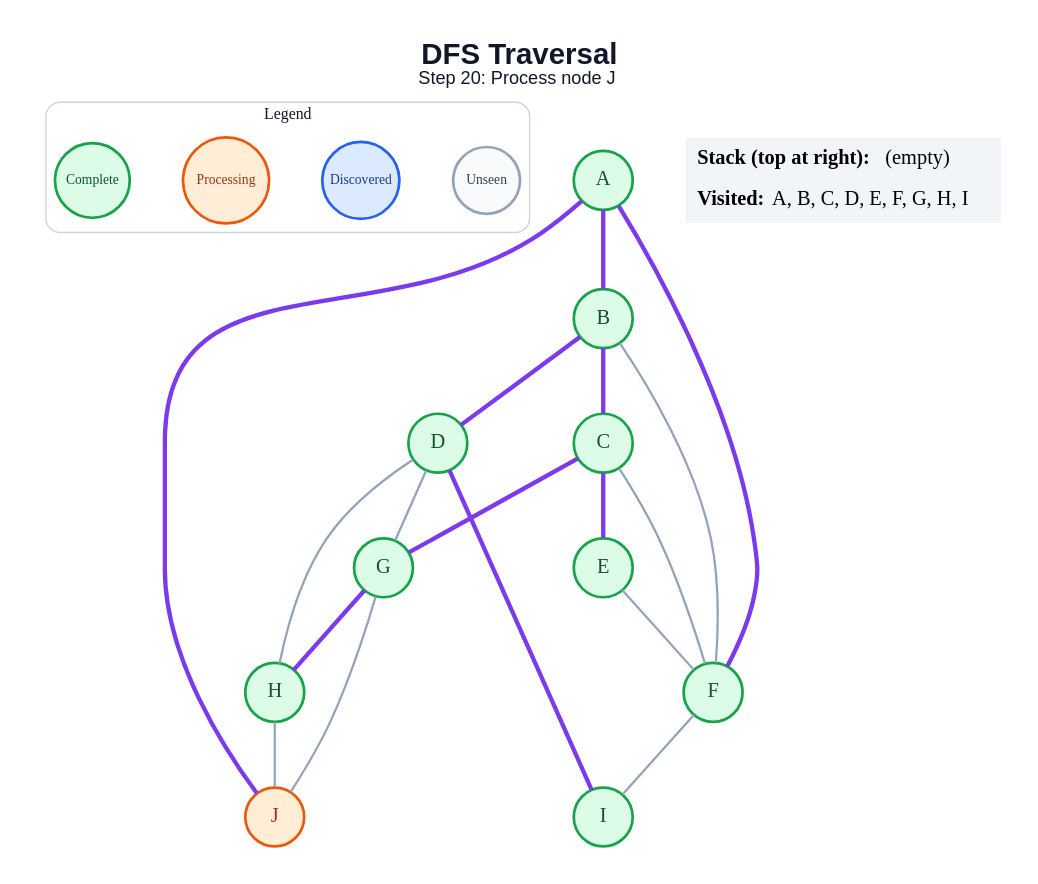
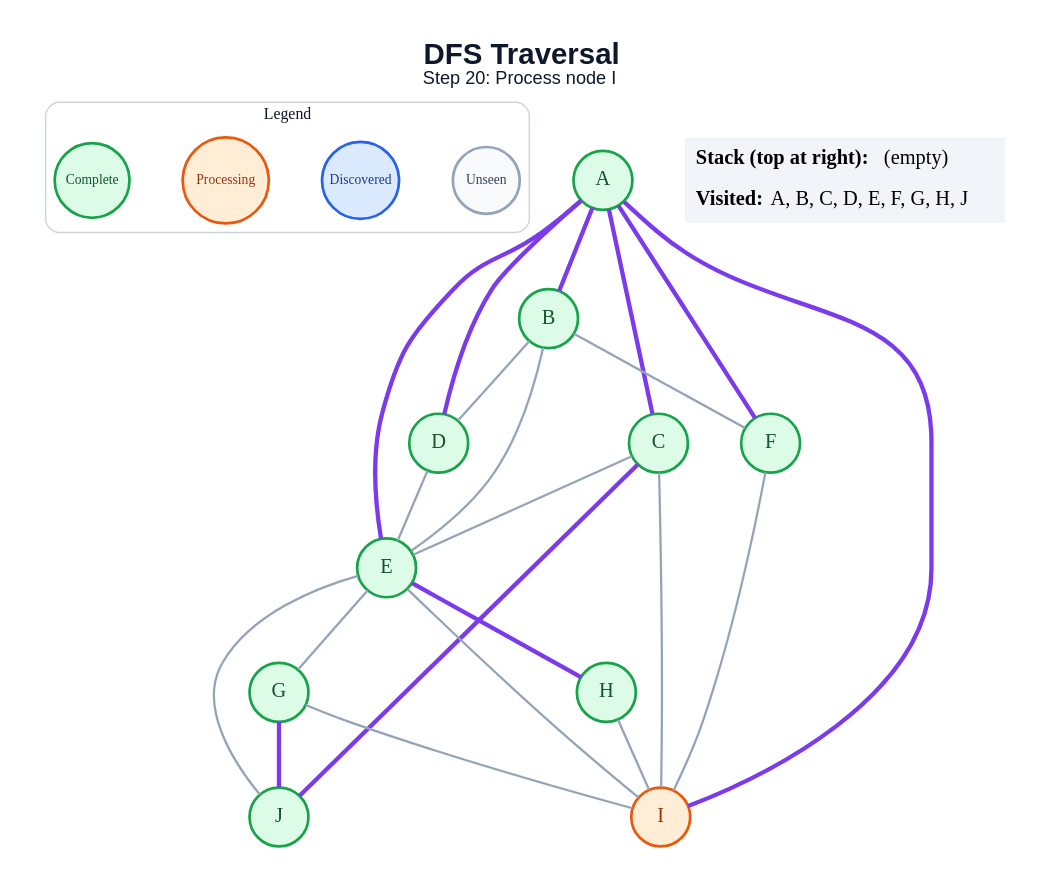
The diagram in generated/dfs/step_20.dot (anon7238593-create/ai-slop), drawn with Graphviz before and after one commit. The commit also changed 178 other files, not shown here.

```diff
--- a/generated/dfs/step_20.dot
+++ b/generated/dfs/step_20.dot
@@ -1,46 +1,50 @@
 graph traversal {
   graph [layout=dot, rankdir=TB, bgcolor="#FFFFFF", pad="0.35", nodesep="0.65", ranksep="0.8", fontname="Arial"];
   node [shape=circle, style="filled", fontname="Arial Bold", fontsize=18, width=0.72, fixedsize=true, penwidth=2.4];
   edge [color="#94A3B8", penwidth=2.0];
-  label=<<B>DFS Traversal</B><BR/><FONT POINT-SIZE="16">Step 20: Process node J</FONT>>; labelloc="t"; fontsize=26; fontname="Arial"; fontcolor="#0F172A";
+  label=<<B>DFS Traversal</B><BR/><FONT POINT-SIZE="16">Step 20: Process node I</FONT>>; labelloc="t"; fontsize=26; fontname="Arial"; fontcolor="#0F172A";
   subgraph cluster_legend { label="Legend"; color="#CBD5E1"; penwidth=1.2; style="rounded"; fontsize=14; fontname="Arial Bold";
     key_unseen [label="Unseen", fillcolor="#F8FAFC", color="#94A3B8", fontcolor="#334155", fontsize=12, width=0.82];
     key_frontier [label="Discovered", fillcolor="#DBEAFE", color="#2563EB", fontcolor="#1E3A8A", fontsize=12, width=0.95];
     key_current [label="Processing", fillcolor="#FFEDD5", color="#EA580C", fontcolor="#9A3412", fontsize=12, width=1.05];
     key_done [label="Complete", fillcolor="#DCFCE7", color="#16A34A", fontcolor="#14532D", fontsize=12, width=0.92];
     { rank=same; key_unseen; key_frontier; key_current; key_done; }
   }
   A [fillcolor="#DCFCE7", color="#16A34A", fontcolor="#14532D"];
   B [fillcolor="#DCFCE7", color="#16A34A", fontcolor="#14532D"];
   C [fillcolor="#DCFCE7", color="#16A34A", fontcolor="#14532D"];
   D [fillcolor="#DCFCE7", color="#16A34A", fontcolor="#14532D"];
   E [fillcolor="#DCFCE7", color="#16A34A", fontcolor="#14532D"];
   F [fillcolor="#DCFCE7", color="#16A34A", fontcolor="#14532D"];
   G [fillcolor="#DCFCE7", color="#16A34A", fontcolor="#14532D"];
   H [fillcolor="#DCFCE7", color="#16A34A", fontcolor="#14532D"];
-  I [fillcolor="#DCFCE7", color="#16A34A", fontcolor="#14532D"];
-  J [fillcolor="#FFEDD5", color="#EA580C", fontcolor="#9A3412"];
+  I [fillcolor="#FFEDD5", color="#EA580C", fontcolor="#9A3412"];
+  J [fillcolor="#DCFCE7", color="#16A34A", fontcolor="#14532D"];
   A -- B [color="#7C3AED", penwidth=3.8];
+  A -- C [color="#7C3AED", penwidth=3.8];
+  A -- D [color="#7C3AED", penwidth=3.8];
+  A -- E [color="#7C3AED", penwidth=3.8];
   A -- F [color="#7C3AED", penwidth=3.8];
-  A -- J [color="#7C3AED", penwidth=3.8];
-  B -- C [color="#7C3AED", penwidth=3.8];
-  B -- D [color="#7C3AED", penwidth=3.8];
+  A -- I [color="#7C3AED", penwidth=3.8];
+  B -- D;
+  B -- E;
   B -- F;
-  C -- E [color="#7C3AED", penwidth=3.8];
-  C -- F;
-  C -- G [color="#7C3AED", penwidth=3.8];
-  D -- G;
-  D -- H;
-  D -- I [color="#7C3AED", penwidth=3.8];
-  E -- F;
+  C -- E;
+  C -- I;
+  C -- J [color="#7C3AED", penwidth=3.8];
+  D -- E;
+  E -- G;
+  E -- H [color="#7C3AED", penwidth=3.8];
+  E -- I;
+  E -- J;
   F -- I;
-  G -- H [color="#7C3AED", penwidth=3.8];
-  G -- J;
-  H -- J;
+  G -- I;
+  G -- J [color="#7C3AED", penwidth=3.8];
+  H -- I;
   status [shape=plain, fixedsize=false, width=0, height=0, margin=0, label=<
     <TABLE BORDER="0" CELLBORDER="0" CELLPADDING="7" BGCOLOR="#F1F5F9">
       <TR><TD ALIGN="LEFT"><B>Stack (top at right):</B> (empty)</TD></TR>
-      <TR><TD ALIGN="LEFT"><B>Visited:</B> A, B, C, D, E, F, G, H, I</TD></TR>
+      <TR><TD ALIGN="LEFT"><B>Visited:</B> A, B, C, D, E, F, G, H, J</TD></TR>
     </TABLE>
   >];
 }
```
